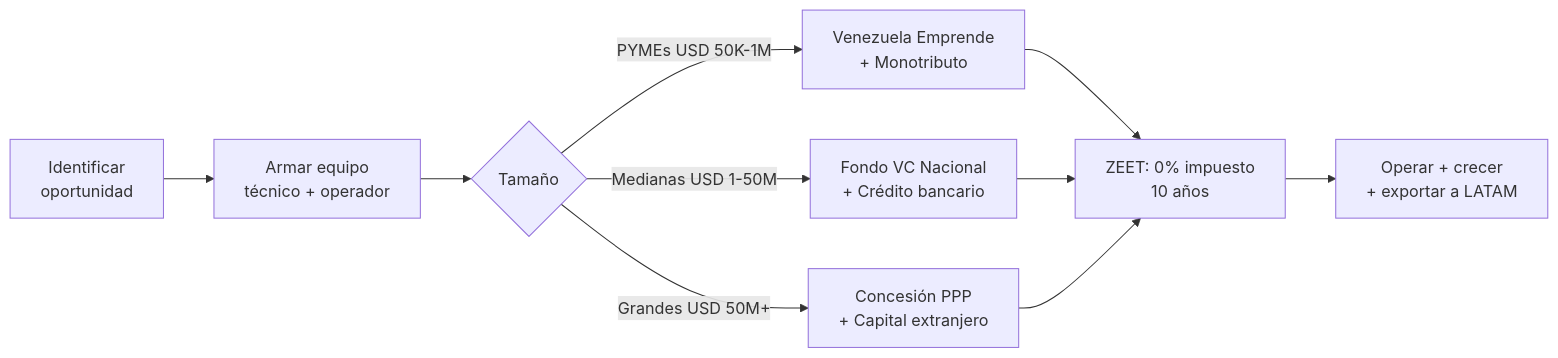
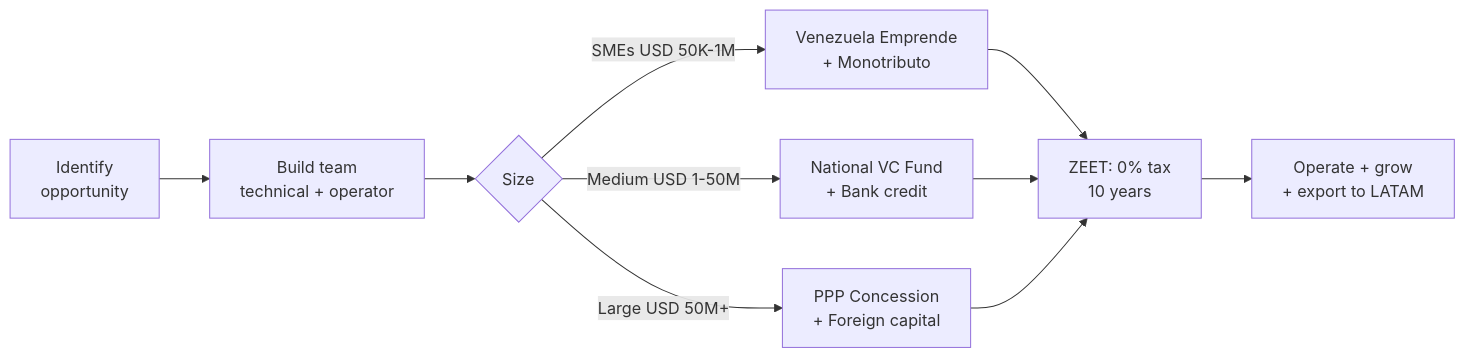
The second of 2 diagrams in i18n/en/docusaurus-plugin-content-docs/current/05-transformacion/oportunidades-empresas.md (Venezuela-S-A/venezuela-sa), drawn with Mermaid before and after one commit. The commit also changed other lines of this file and 127 other files, not shown here.

````diff
--- a/i18n/en/docusaurus-plugin-content-docs/current/05-transformacion/oportunidades-empresas.md
+++ b/i18n/en/docusaurus-plugin-content-docs/current/05-transformacion/oportunidades-empresas.md
@@ -253,12 +253,12 @@
 ```mermaid
 flowchart LR
-    A[Identificar<br>oportunidad] --> B[Armar equipo<br>técnico + operador]
-    B --> C{Tamaño}
-    C -->|PYMEs USD 50K-1M| D[Venezuela Emprende<br>+ Monotributo]
-    C -->|Medianas USD 1-50M| E[Fondo VC Nacional<br>+ Crédito bancario]
-    C -->|Grandes USD 50M+| F[Concesión PPP<br>+ Capital extranjero]
-    D --> G[ZEET: 0% impuesto<br>10 años]
+    A[Identify<br>opportunity] --> B[Build team<br>technical + operator]
+    B --> C{Size}
+    C -->|SMEs USD 50K-1M| D[Venezuela Emprende<br>+ Monotributo]
+    C -->|Medium USD 1-50M| E[National VC Fund<br>+ Bank credit]
+    C -->|Large USD 50M+| F[PPP Concession<br>+ Foreign capital]
+    D --> G[ZEET: 0% tax<br>10 years]
     E --> G
     F --> G
-    G --> H[Operar + crecer<br>+ exportar a LATAM]
+    G --> H[Operate + grow<br>+ export to LATAM]
 ```
````
